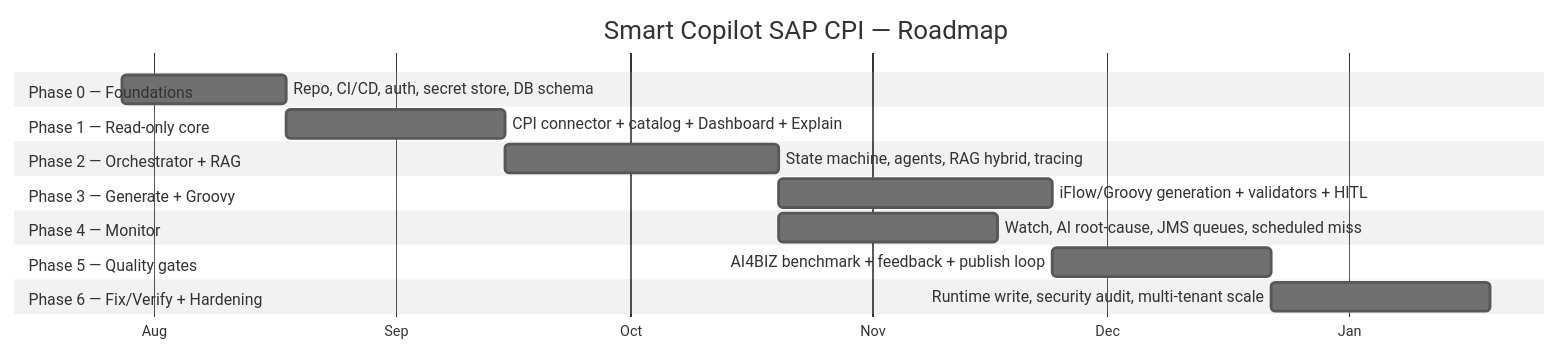
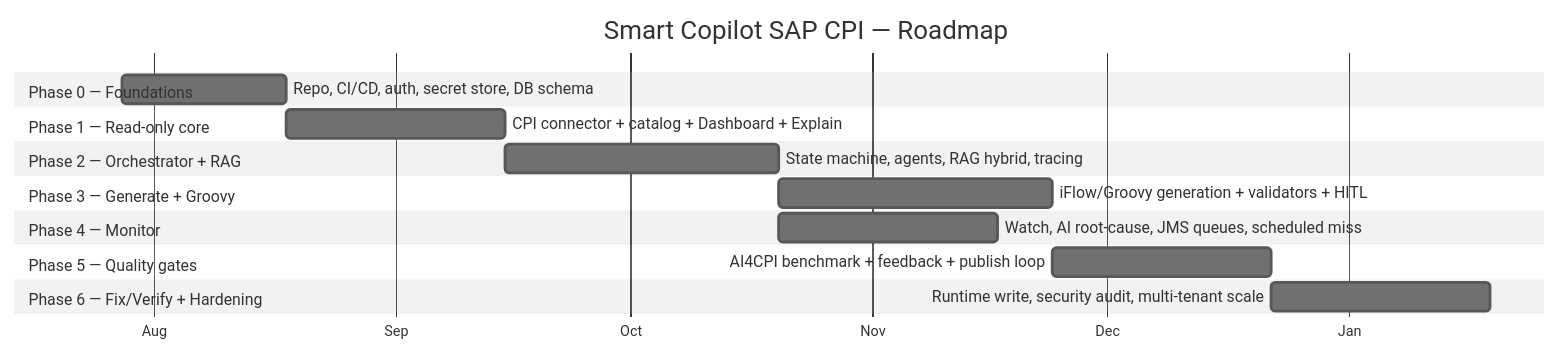
The fourth of 4 diagrams in docs/ROADMAP.md (ilrexho2011/RCA-SAP-Cloud-Integration-Smart-Copilot), drawn with Mermaid (neutral theme) before and after one commit. The commit also changed other lines of this file, not shown here.

Commit message:
Update ROADMAP.md for AI4CPI enhancements

````diff
--- a/docs/ROADMAP.md
+++ b/docs/ROADMAP.md
@@ -240,20 +240,20 @@
 ```mermaid
 gantt
     title Smart Copilot SAP CPI — Roadmap
     dateFormat YYYY-MM-DD
     axisFormat %b
     section Phase 0 — Foundations
     Repo, CI/CD, auth, secret store, DB schema      :p0, 2026-07-28, 21d
     section Phase 1 — Read-only core
     CPI connector + catalog + Dashboard + Explain    :p1, after p0, 28d
     section Phase 2 — Orchestrator + RAG
     State machine, agents, RAG hybrid, tracing       :p2, after p1, 35d
     section Phase 3 — Generate + Groovy
     iFlow/Groovy generation + validators + HITL      :p3, after p2, 35d
     section Phase 4 — Monitor
     Watch, AI root-cause, JMS queues, scheduled miss :p4, after p2, 28d
     section Phase 5 — Quality gates
-    AI4BIZ benchmark + feedback + publish loop        :p5, after p3, 28d
+    AI4CPI benchmark + feedback + publish loop        :p5, after p3, 28d
     section Phase 6 — Fix/Verify + Hardening
     Runtime write, security audit, multi-tenant scale :p6, after p5, 28d
 ```
````
